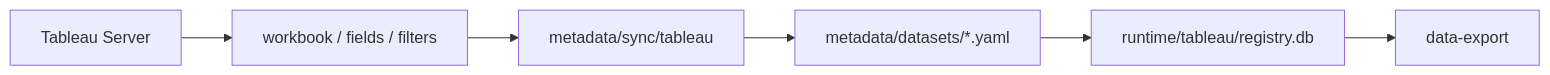
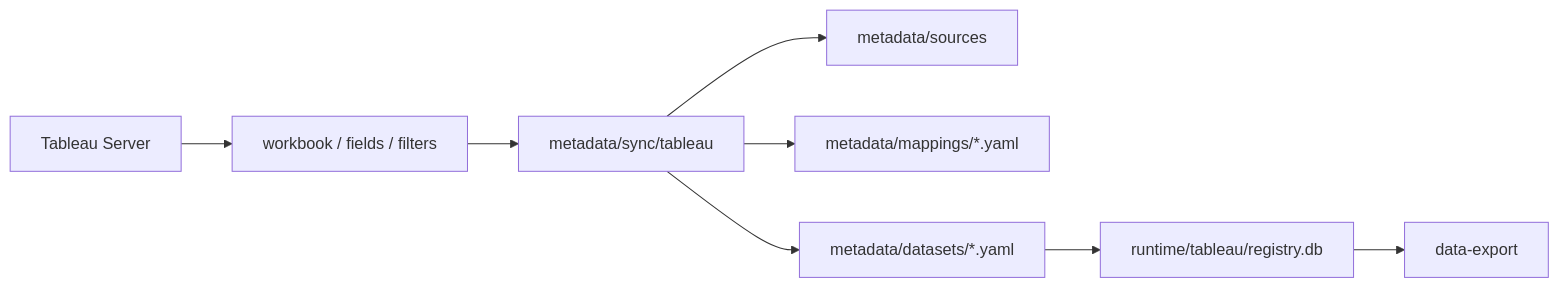
One commit to dabaige53/RealAnalyst changed the diagram in metadata/sync/tableau/README.md. Above: the diagram before and after it, drawn with Mermaid. The commit also changed 27 other files, not shown here.

Commit message:
Define layered metadata YAML structure

````diff
--- a/metadata/sync/tableau/README.md
+++ b/metadata/sync/tableau/README.md
@@ -20,8 +20,10 @@
 ```mermaid
 flowchart LR
     T[Tableau Server] --> W[workbook / fields / filters]
     W --> Sync[metadata/sync/tableau]
+    Sync --> Sources[metadata/sources]
+    Sync --> Mapping[metadata/mappings/*.yaml]
     Sync --> YAML[metadata/datasets/*.yaml]
     YAML --> Registry[runtime/tableau/registry.db]
     Registry --> Export[data-export]
 ```
````
